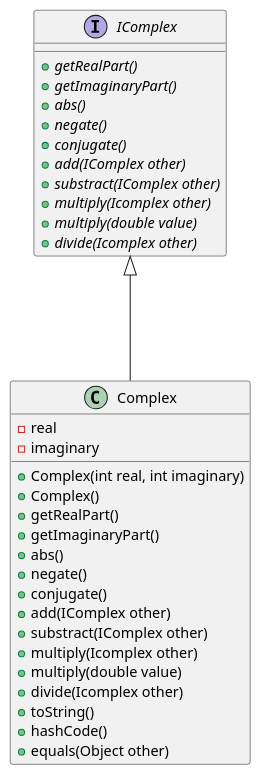
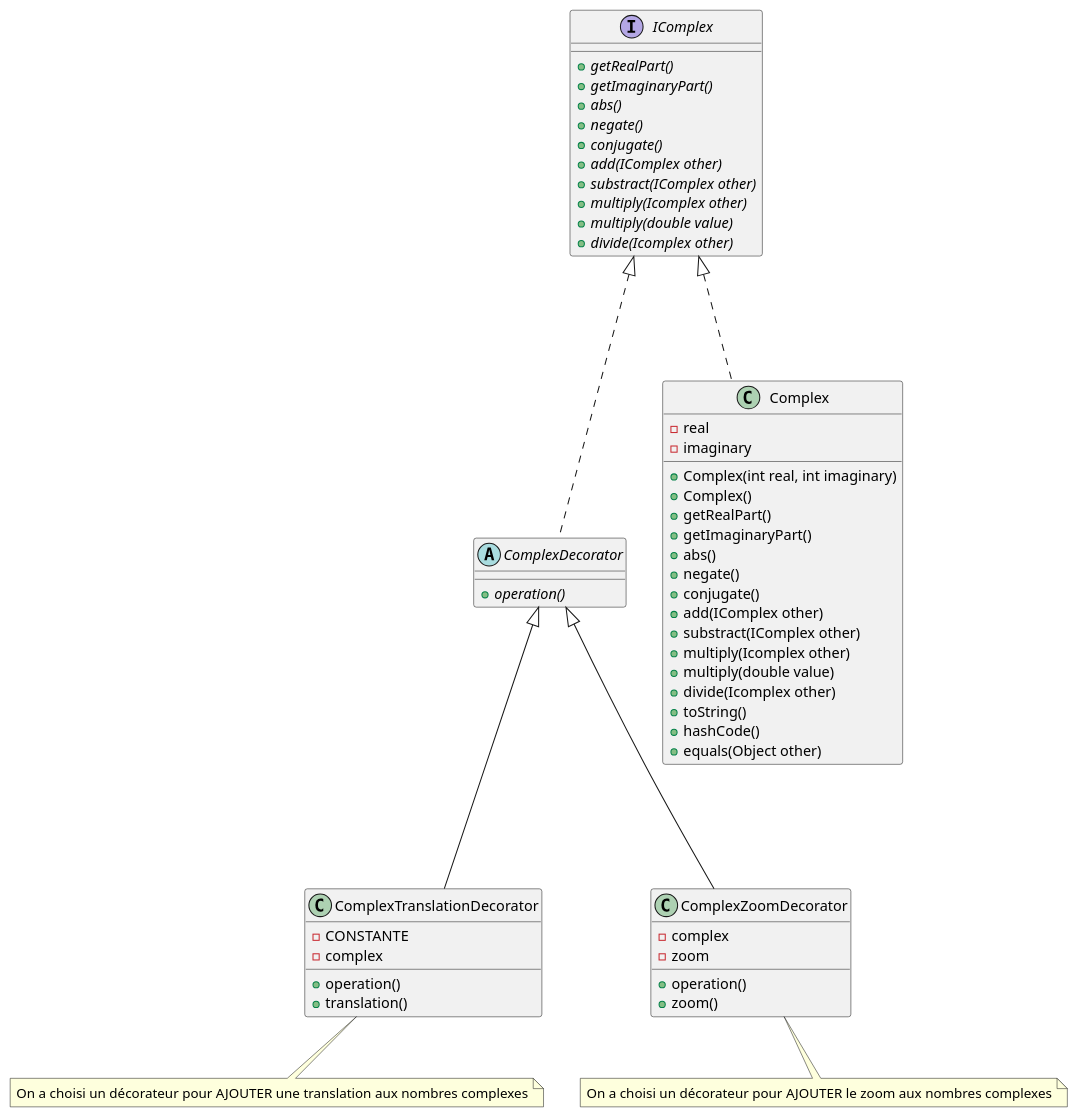
Before and after one commit to FACON-Nicolas/fractals-generator: the diagram in README.md, drawn with PlantUML.

Commit message:
feat/ ajout Decorateur et choix

````diff
--- a/README.md
+++ b/README.md
@@ -5,43 +5,67 @@
 ```plantuml
 @startuml
-
 interface IComplex {
 +{abstract}getRealPart()
 +{abstract}getImaginaryPart()
 +{abstract}abs()
 +{abstract}negate()
 +{abstract}conjugate()
 +{abstract}add(IComplex other)
 +{abstract}substract(IComplex other)
 +{abstract}multiply(Icomplex other)
 +{abstract}multiply(double value)
 +{abstract}divide(Icomplex other)
+}
+
+abstract class ComplexDecorator {
+ +{abstract}operation()
+}
+
+class ComplexTranslationDecorator {
+ + operation()
+ + translation()
+ - CONSTANTE
+ - complex
+}
+
+class ComplexZoomDecorator {
+ + operation()
+ + zoom()
+ - complex
+ - zoom
 }
 
 class Complex {
 
 -real
 -imaginary
 
 +Complex(int real, int imaginary)
 +Complex()
 +getRealPart()
 +getImaginaryPart()
 +abs()
 +negate()
 +conjugate()
 +add(IComplex other)
 +substract(IComplex other)
 +multiply(Icomplex other)
 +multiply(double value)
 +divide(Icomplex other)
 +toString()
 +hashCode()
 +equals(Object other)
 
 }
 
-IComplex <|---Complex
+IComplex <|---[dashed]Complex
+IComplex<|---[dashed]ComplexDecorator
+ComplexDecorator<|---ComplexTranslationDecorator
+ComplexDecorator<|---ComplexZoomDecorator
 
+note "On a choisi un décorateur pour AJOUTER une translation aux nombres complexes" as N1
+note "On a choisi un décorateur pour AJOUTER le zoom aux nombres complexes" as N2
+ComplexTranslationDecorator .. N1
+ComplexZoomDecorator .. N2
 @enduml
 ```
````
